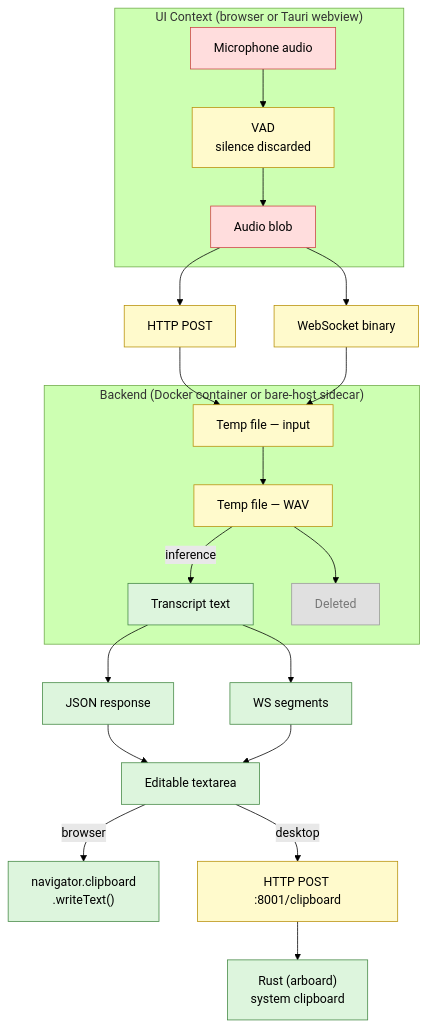
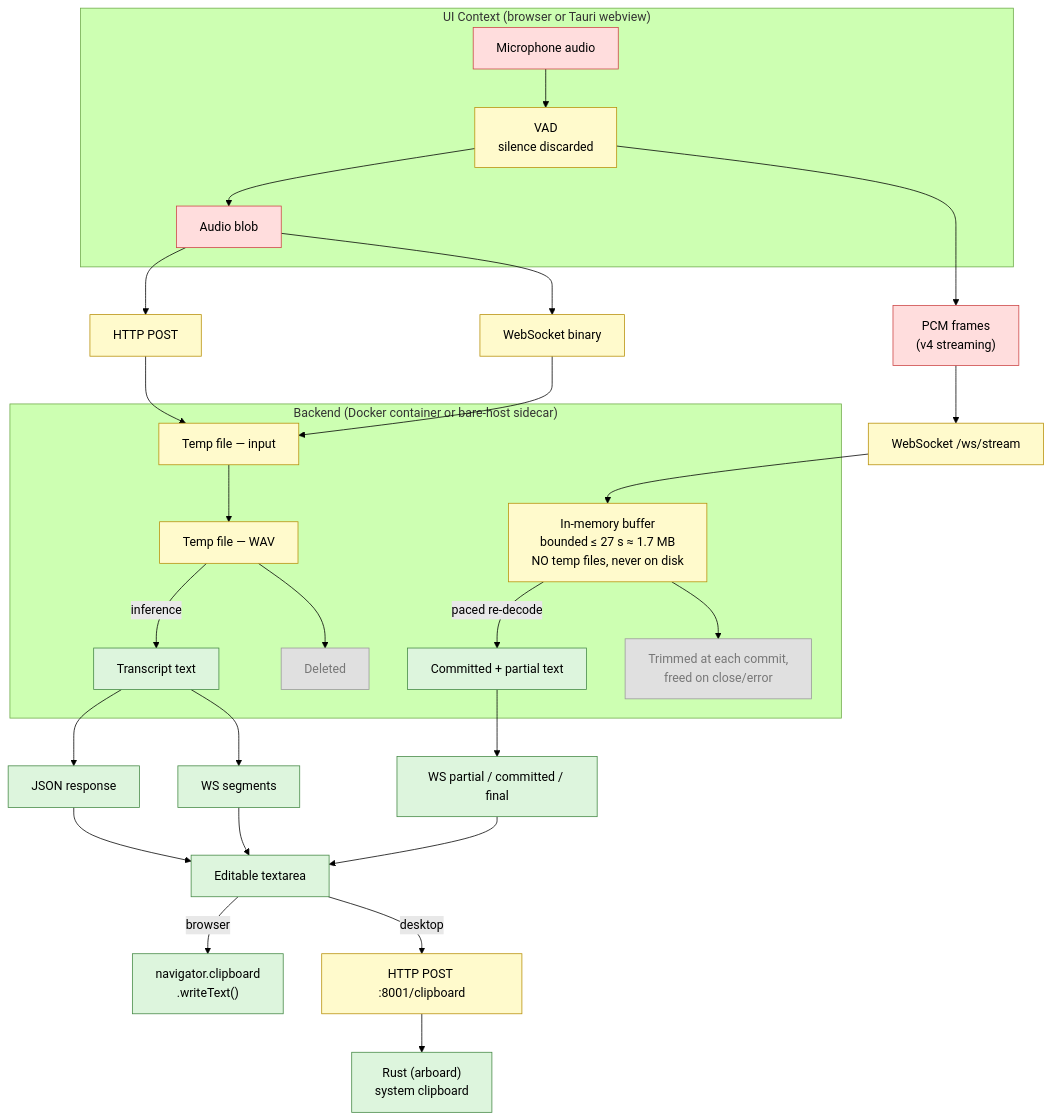
The diagram in docs/diagrams/privacy-data-flow.mmd (JohnYanez95/voice-scribe), drawn with Mermaid (forest theme) before and after one commit. The commit also changed 11 other files, not shown here.

```diff
--- a/docs/diagrams/privacy-data-flow.mmd
+++ b/docs/diagrams/privacy-data-flow.mmd
@@ -1,43 +1,54 @@
 flowchart TD
     subgraph ui ["UI Context (browser or Tauri webview)"]
         mic["Microphone audio"]
         vad["VAD<br/>silence discarded"]
         blob["Audio blob"]
         mic --> vad --> blob
     end
 
     blob --> http["HTTP POST"]
     blob --> wsIn["WebSocket binary"]
+    vad --> frames["PCM frames<br/>(v4 streaming)"]
+    frames --> wsStream["WebSocket /ws/stream"]
 
     subgraph backend ["Backend (Docker container or bare-host sidecar)"]
         tmp1["Temp file — input"]
         tmp2["Temp file — WAV"]
         txt["Transcript text"]
         del["Deleted"]
         tmp1 --> tmp2
         tmp2 -- inference --> txt
         tmp2 --> del
+
+        ring["In-memory buffer<br/>bounded ≤ 27 s ≈ 1.7 MB<br/>NO temp files, never on disk"]
+        stxt["Committed + partial text"]
+        rdel["Trimmed at each commit,<br/>freed on close/error"]
+        ring -- "paced re-decode" --> stxt
+        ring --> rdel
     end
 
     http --> tmp1
     wsIn --> tmp1
+    wsStream --> ring
 
     txt --> resp["JSON response"]
     txt --> wsOut["WS segments"]
+    stxt --> wsMsgs["WS partial / committed / final"]
 
     resp --> area["Editable textarea"]
     wsOut --> area
+    wsMsgs --> area
 
     area -- "browser" --> browserClip["navigator.clipboard<br/>.writeText()"]
     area -- "desktop" --> httpPost["HTTP POST :8001/clipboard"]
     httpPost --> rustClip["Rust (arboard)<br/>system clipboard"]
 
     classDef sensitive fill:#ffdddd,stroke:#cc4444
     classDef ephemeral fill:#fffacc,stroke:#b8900a
     classDef output fill:#ddf5dd,stroke:#448844
     classDef deleted fill:#e0e0e0,stroke:#999999,color:#777777
 
-    class mic,blob sensitive
-    class vad,http,wsIn,tmp1,tmp2,httpPost ephemeral
-    class txt,resp,wsOut,area,browserClip,rustClip output
-    class del deleted
+    class mic,blob,frames sensitive
+    class vad,http,wsIn,wsStream,tmp1,tmp2,ring,httpPost ephemeral
+    class txt,stxt,resp,wsOut,wsMsgs,area,browserClip,rustClip output
+    class del,rdel deleted
```
